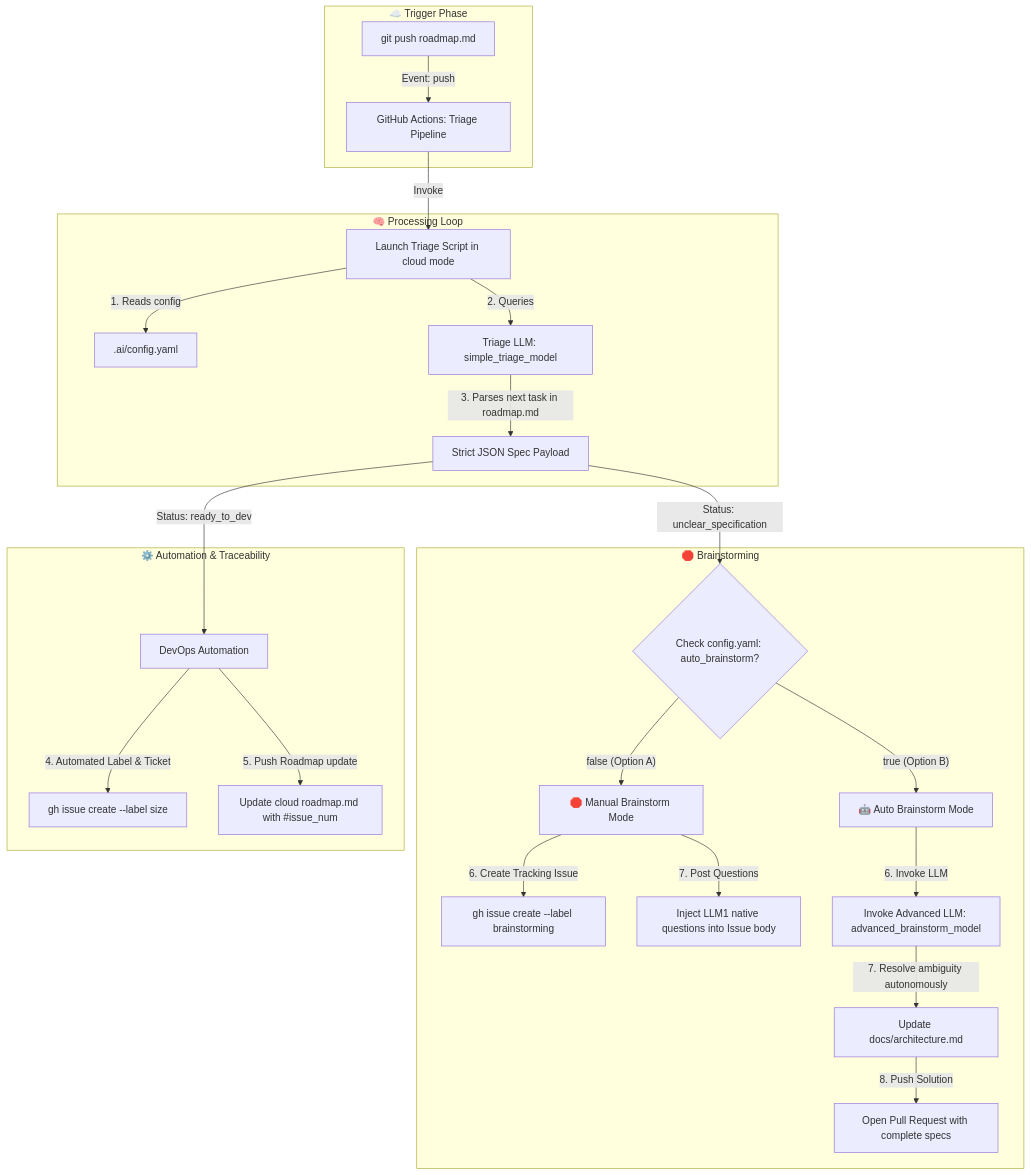
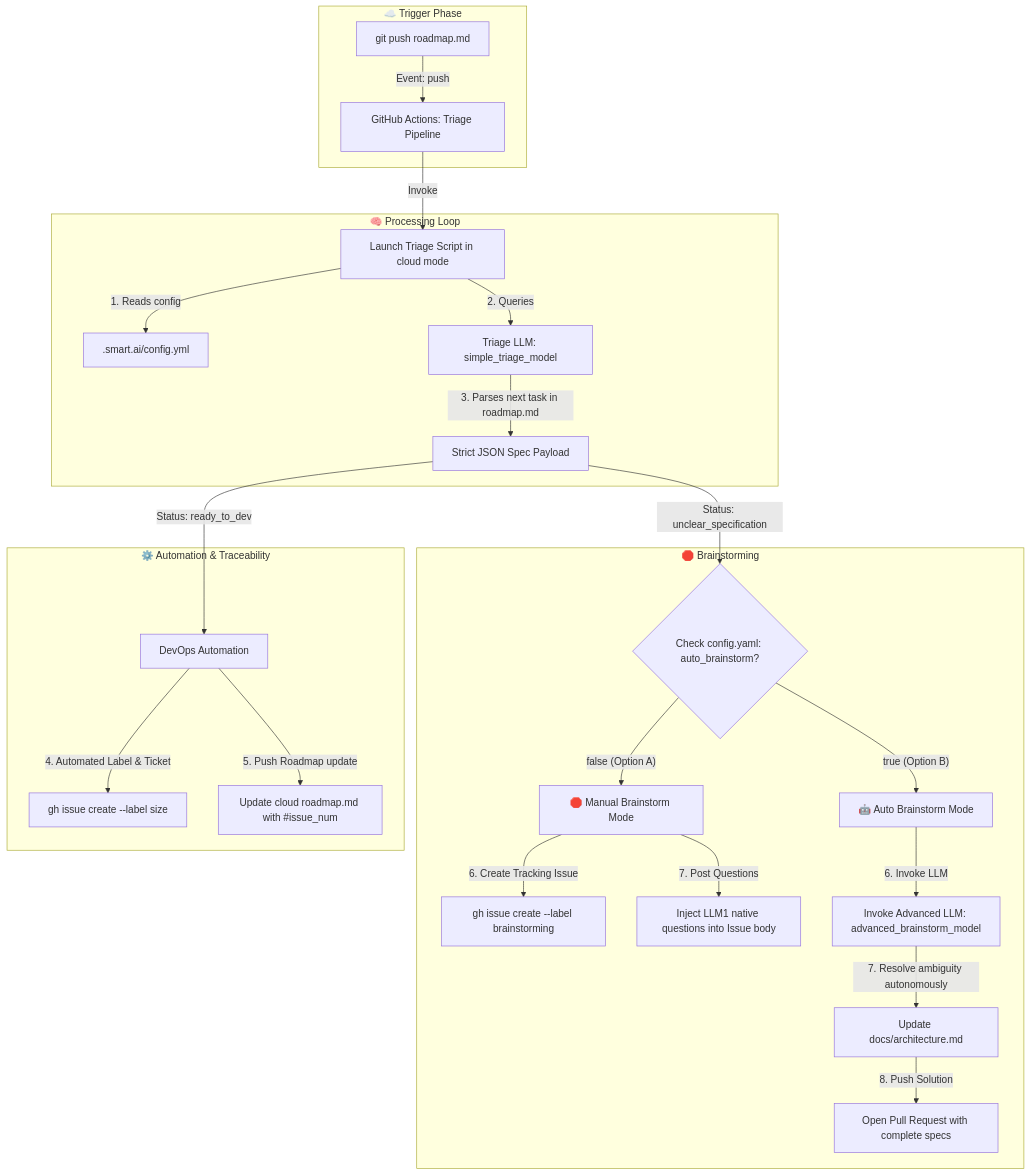
The diagram in docs/pipelines/triage_cloud.md (fletort/smart-ai-factory), drawn with Mermaid before and after one commit. The commit also changed 27 other files, not shown here.

````diff
--- a/docs/pipelines/triage_cloud.md
+++ b/docs/pipelines/triage_cloud.md
@@ -17,35 +17,35 @@
 ```mermaid
 graph TD
     subgraph "☁️ Trigger Phase"
         Git[git push roadmap.md] -->|Event: push| CI_Triage[GitHub Actions: Triage Pipeline]
     end
 
     subgraph box1["🧠 Processing Loop"]
         CI_Triage -->|Invoke| CoreTriage[Launch Triage Script in cloud mode]
-        CoreTriage -->|1. Reads config| Config[.ai/config.yaml]
+        CoreTriage -->|1. Reads config| Config[.smart.ai/config.yml]
         CoreTriage -->|2. Queries| LLM1[Triage LLM: simple_triage_model]
         LLM1 -->|3. Parses next task in roadmap.md| JSON1[Strict JSON Spec Payload]
     end
 
     subgraph "🛑 Brainstorming"
         JSON1 -->|"Status: unclear_specification"| CheckConfig{Check config.yaml: auto_brainstorm?}
 
         %% OPTION A : Stop & Open a Ticket
         CheckConfig -->|"false (Option A)"| CloudStop[🛑 Manual Brainstorm Mode]
         CloudStop -->|6. Create Tracking Issue| GH_BS[gh issue create --label brainstorming]
         CloudStop -->|7. Post Questions| NativeComment[Inject LLM1 native questions into Issue body]
 
         %% OPTION B : Full Auto Brainstorm -> PR Direct
         CheckConfig -->|"true (Option B)"| CloudAuto[🤖 Auto Brainstorm Mode]
         CloudAuto -->|6. Invoke LLM| LLM2[Invoke Advanced LLM: advanced_brainstorm_model]
         LLM2 -->|7. Resolve ambiguity autonomously| Fix[Update docs/architecture.md]
         Fix -->|8. Push Solution| PR[Open Pull Request with complete specs]
     end
 
     subgraph "⚙️ Automation & Traceability"
         JSON1 -->|"Status: ready_to_dev"| DevOpCloud[DevOps Automation]
         DevOpCloud -->|4. Automated Label & Ticket| GH_Issue[gh issue create --label size]
         DevOpCloud -->|5. Push Roadmap update| GitSync[Update cloud roadmap.md with #issue_num]
     end
 
 ```
````
